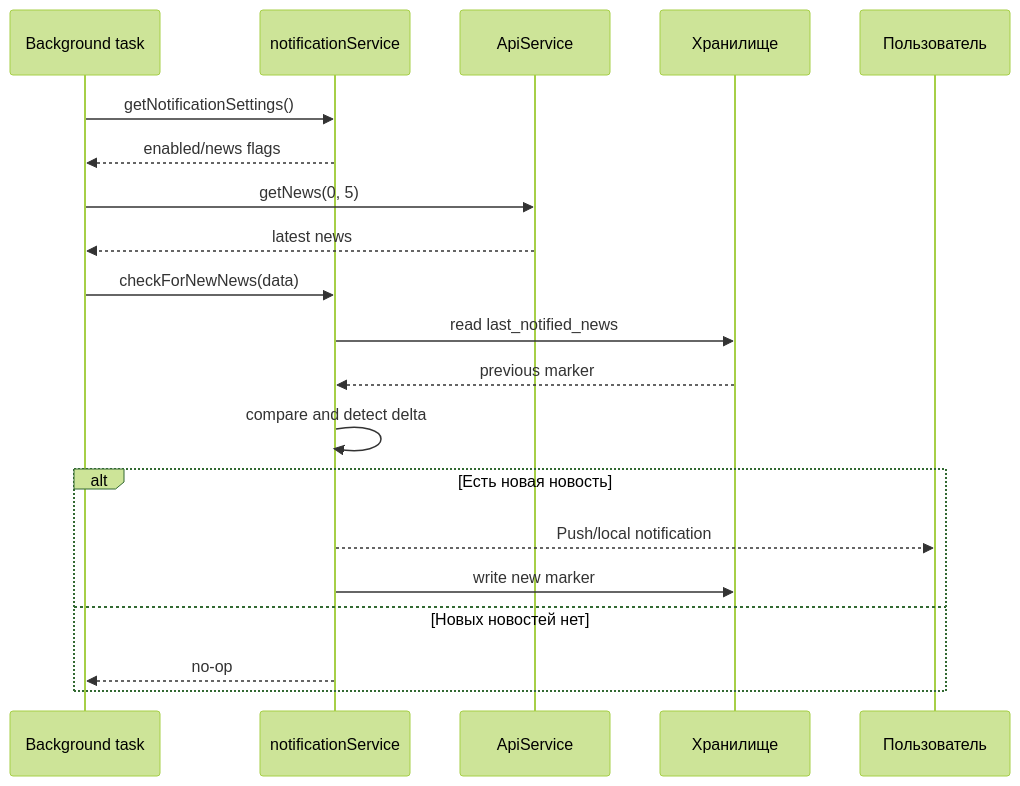
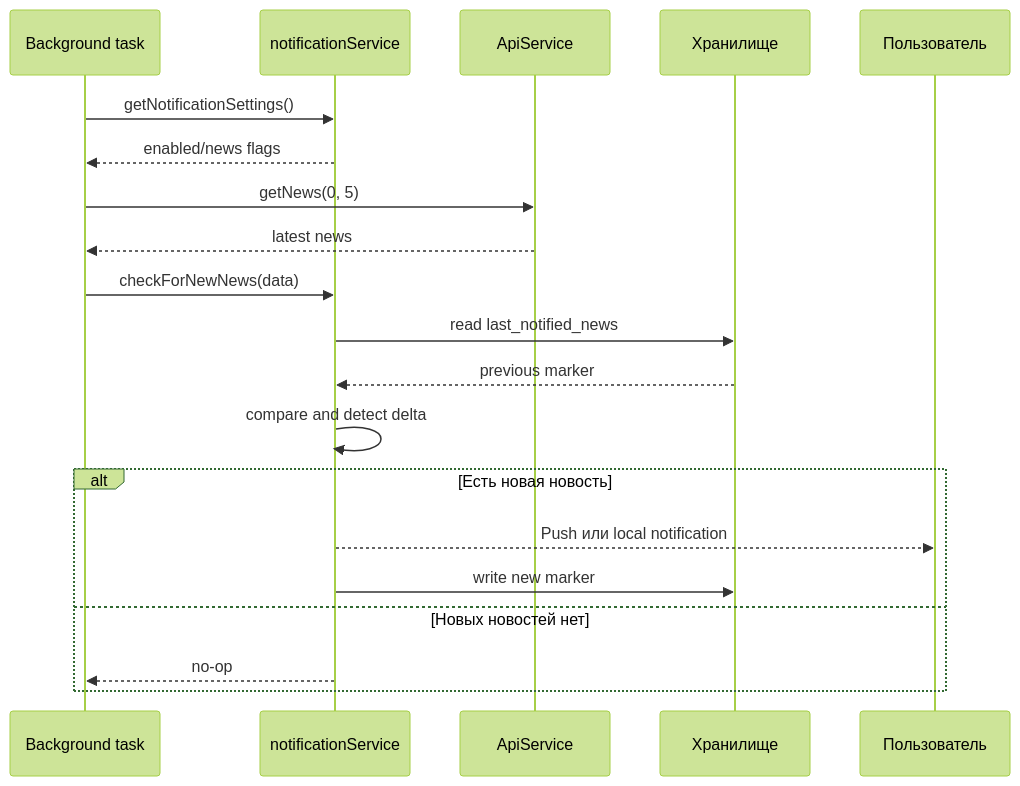
The third of 3 diagrams in docs/notifications-and-background.md (PRO100BYTE/MyKHSU), drawn with Mermaid (forest theme) before and after one commit. The commit also changed other lines of this file and 1 other file, not shown here.

````diff
--- a/docs/notifications-and-background.md
+++ b/docs/notifications-and-background.md
@@ -128,23 +146,23 @@
 ```mermaid
 sequenceDiagram
-	participant Task as Background task
-	participant NS as notificationService
-	participant API as ApiService
-	participant Cache as Хранилище
-	participant User as Пользователь
+    participant Task as Background task
+    participant NS as notificationService
+    participant API as ApiService
+    participant Cache as Хранилище
+    participant User as Пользователь
 
-	Task->>NS: getNotificationSettings()
-	NS-->>Task: enabled/news flags
-	Task->>API: getNews(0, 5)
-	API-->>Task: latest news
-	Task->>NS: checkForNewNews(data)
-	NS->>Cache: read last_notified_news
-	Cache-->>NS: previous marker
-	NS->>NS: compare and detect delta
-	alt Есть новая новость
-		NS-->>User: Push/local notification
-		NS->>Cache: write new marker
-	else Новых новостей нет
-		NS-->>Task: no-op
-	end
+    Task->>NS: getNotificationSettings()
+    NS-->>Task: enabled/news flags
+    Task->>API: getNews(0, 5)
+    API-->>Task: latest news
+    Task->>NS: checkForNewNews(data)
+    NS->>Cache: read last_notified_news
+    Cache-->>NS: previous marker
+    NS->>NS: compare and detect delta
+    alt Есть новая новость
+        NS-->>User: Push или local notification
+        NS->>Cache: write new marker
+    else Новых новостей нет
+        NS-->>Task: no-op
+    end
 ```
````
